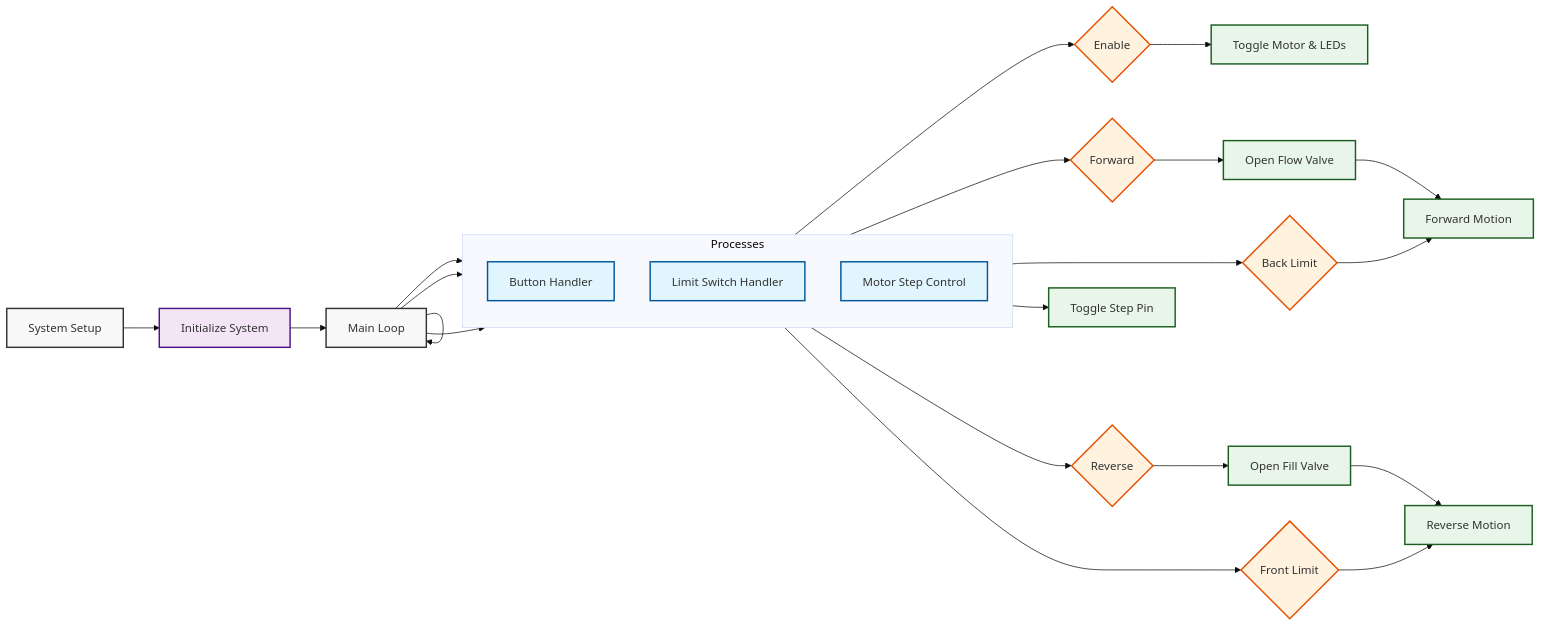
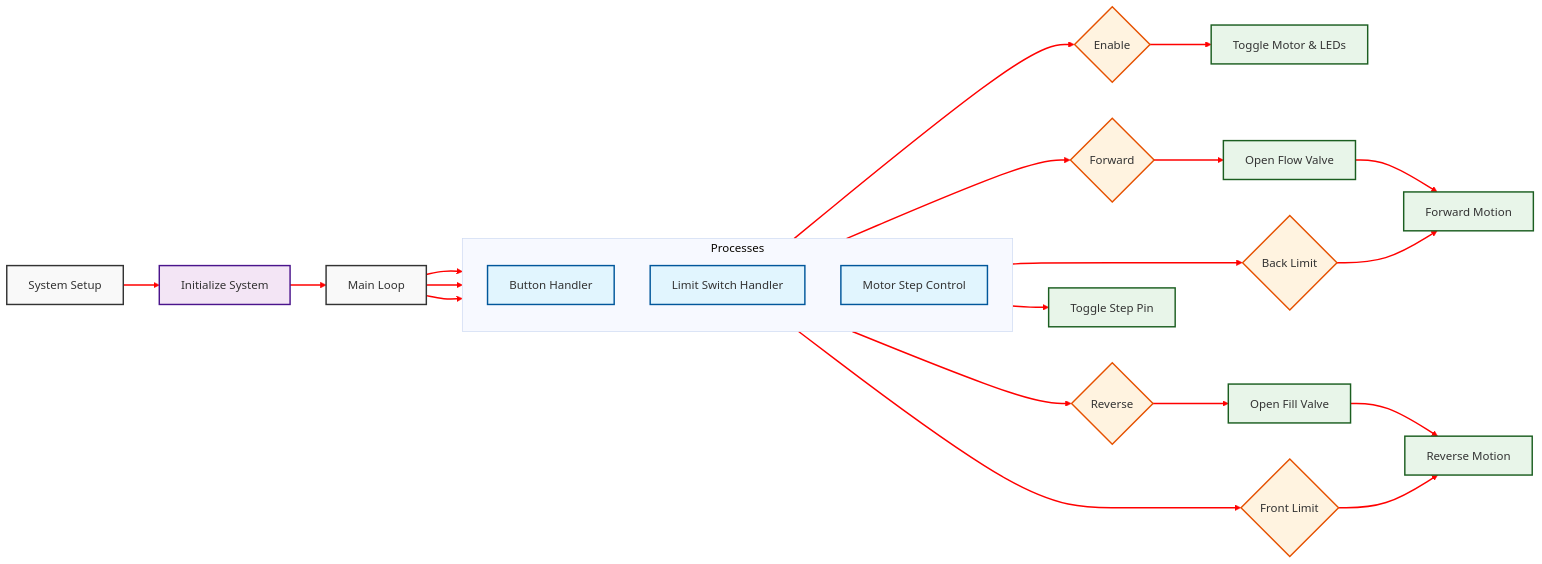
The diagram in Anxiety/Software/README.md (dattasaurabh82/SubtleTensions), drawn with Mermaid before and after one commit.

Commit message:
aadded arrow styling for logic flow diagram

````diff
--- a/Anxiety/Software/README.md
+++ b/Anxiety/Software/README.md
@@ -3,61 +3,61 @@
 ```mermaid
 %%{
   init: {
     'theme': 'base',
     'themeVariables': {
       'fontFamily': 'arial',
       'fontSize': '16px'
     },
     'flowchart': {
       'nodeSpacing': 50,
       'rankSpacing': 50,
       'curve': 'basis'
     },
     'htmlLabels': true,
     'securityLevel': 'loose',
     'viewport': {
       'width': 1200,
       'height': 600
     }
   }
 }%%
 
 flowchart LR
     %% Styling
     classDef default fill:#f9f9f9,stroke:#333,stroke-width:2px
     classDef process fill:#e1f5fe,stroke:#01579b,stroke-width:2px
     classDef decision fill:#fff3e0,stroke:#e65100,stroke-width:2px
     classDef action fill:#e8f5e9,stroke:#1b5e20,stroke-width:2px
     classDef init fill:#f3e5f5,stroke:#4a148c,stroke-width:2px
+    
+    linkStyle default stroke:#FF0000,stroke-width:2px
 
     Setup[System Setup] --> Init[Initialize System]:::init
     Init --> Loop[Main Loop]
     
     subgraph Processes[" Processes"]
         direction TB
         P1[Button Handler]:::process
         P2[Limit Switch Handler]:::process
         P3[Motor Step Control]:::process
     end
     
     Loop --> P1 & P2 & P3
     
     P1 --> B1{Enable}:::decision
     P1 --> B2{Forward}:::decision
     P1 --> B3{Reverse}:::decision
     
     B1 --> M1[Toggle Motor & LEDs]:::action
     B2 --> F1[Open Flow Valve]:::action
     F1 --> F2[Forward Motion]:::action
     B3 --> R1[Open Fill Valve]:::action
     R1 --> R2[Reverse Motion]:::action
     
     P2 --> L1{Front Limit}:::decision
     P2 --> L2{Back Limit}:::decision
     L1 --> R2
     L2 --> F2
     
     P3 --> MS[Toggle Step Pin]:::action
-    
-    Loop --> Loop
 ```
````
